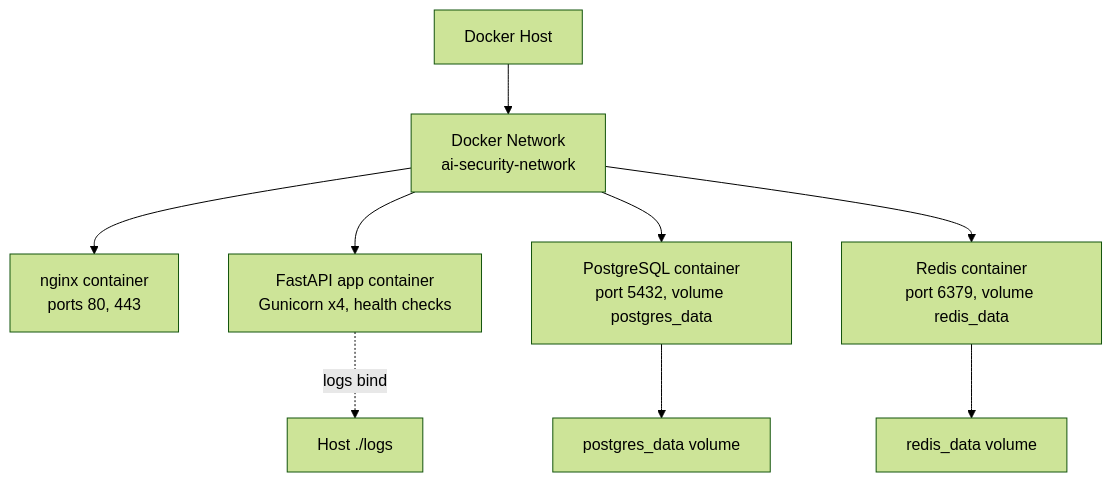
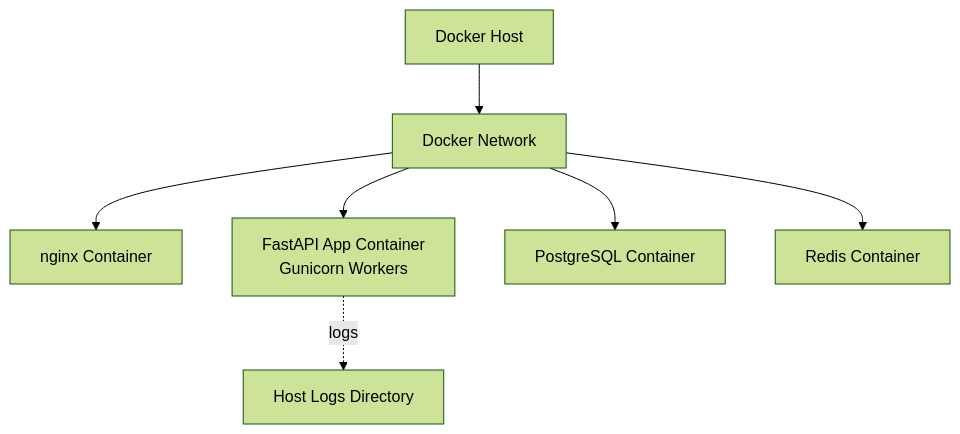
Before and after one commit to SabarishR08/llm-prompt-security-middleware: the seventh of 8 diagrams in docs/ARCHITECTURE.md, drawn with Mermaid (forest theme). The commit also changed other lines of this file, not shown here.

````diff
--- a/docs/ARCHITECTURE.md
+++ b/docs/ARCHITECTURE.md
@@ -111,11 +110,9 @@
 ```mermaid
 flowchart TB
-    Host[Docker Host] --> Net[Docker Network<br/>ai-security-network]
-    Net --> Nginx[nginx container<br/>ports 80, 443]
-    Net --> App[FastAPI app container<br/>Gunicorn x4, health checks]
-    Net --> PG[PostgreSQL container<br/>port 5432, volume postgres_data]
-    Net --> Redis[Redis container<br/>port 6379, volume redis_data]
-    App -. logs bind .-> Logs[Host ./logs]
-    PG --> V1[postgres_data volume]
-    Redis --> V2[redis_data volume]
+    Host[Docker Host] --> Net[Docker Network]
+    Net --> Nginx[nginx Container]
+    Net --> App[FastAPI App Container<br/>Gunicorn Workers]
+    Net --> PG[PostgreSQL Container]
+    Net --> Redis[Redis Container]
+    App -. logs .-> Logs[Host Logs Directory]
 ```
````
